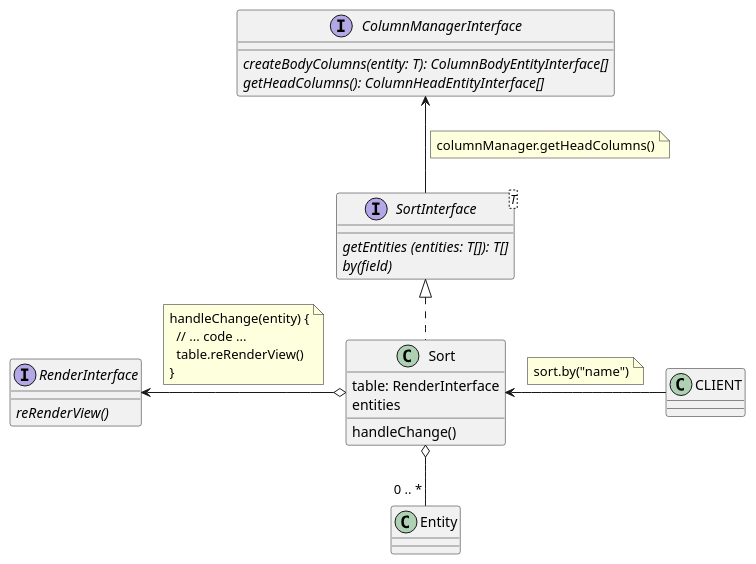
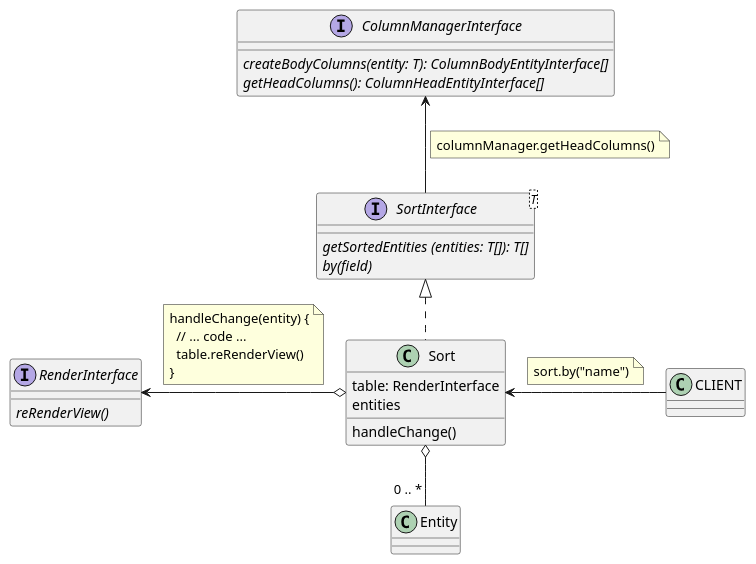
The diagram in src/Models/Sort/Sort.puml (gothic-prince/table-component-es), drawn with PlantUML before and after one commit. The commit also changed 3 other files, not shown here.

```diff
--- a/src/Models/Sort/Sort.puml
+++ b/src/Models/Sort/Sort.puml
@@ -1,38 +1,38 @@
 @startuml
 
 interface RenderInterface {
   {abstract} reRenderView()
 }
 interface ColumnManagerInterface {
   {abstract} createBodyColumns(entity: T): ColumnBodyEntityInterface[]
   {abstract} getHeadColumns(): ColumnHeadEntityInterface[]
 }
 interface SortInterface <T> {
-  {abstract} getEntities (entities: T[]): T[]
+  {abstract} getSortedEntities (entities: T[]): T[]
   {abstract} by(field)
 }
 class Sort {
     table: RenderInterface
     entities
     handleChange()
 }
 SortInterface <|.. Sort
 
 ColumnManagerInterface <-- SortInterface
 note left on link
 columnManager.getHeadColumns()
 end note
 RenderInterface <-o  Sort
 note left on link
 handleChange(entity) {
   // ... code ...
   table.reRenderView()
 }
 end note
 
 Sort <-  CLIENT
 note left on link
 sort.by("name")
 end note
 Sort o-- "0 .. *" Entity
 @enduml
```
